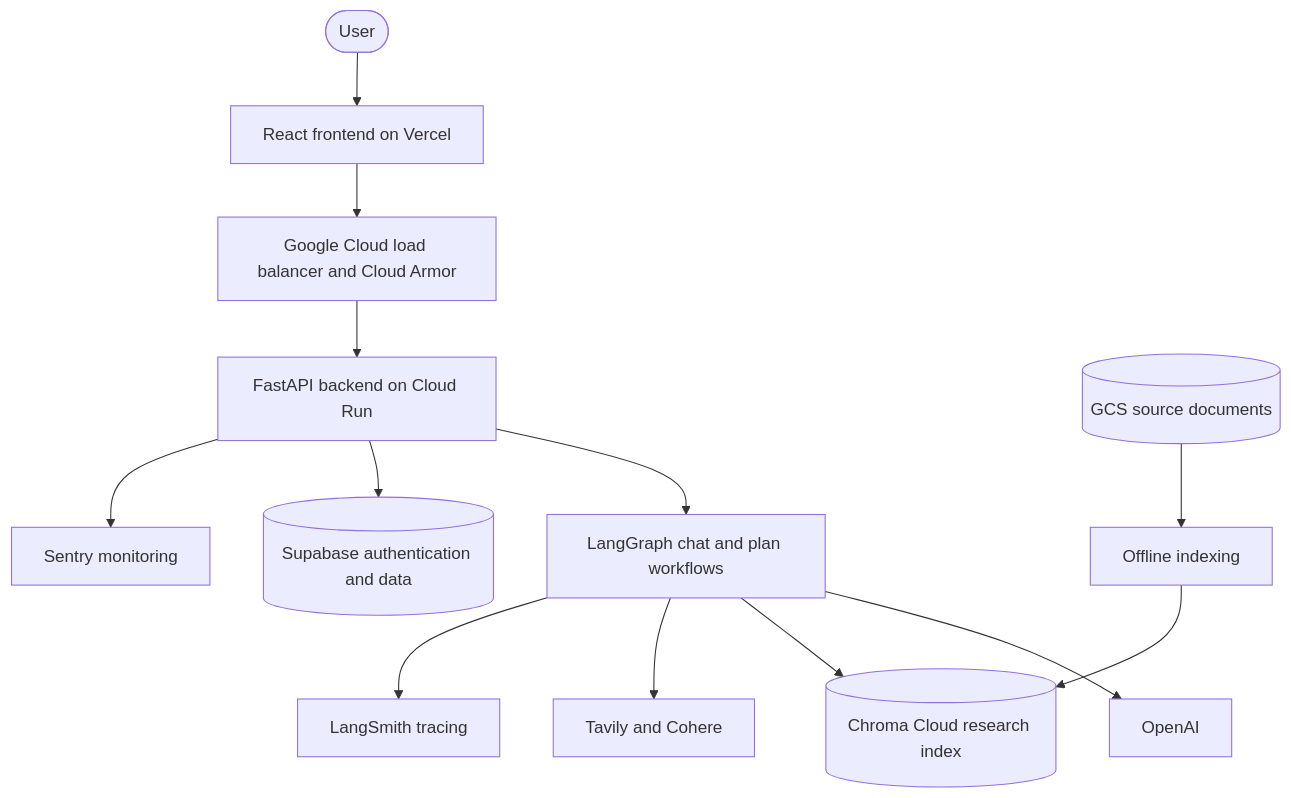
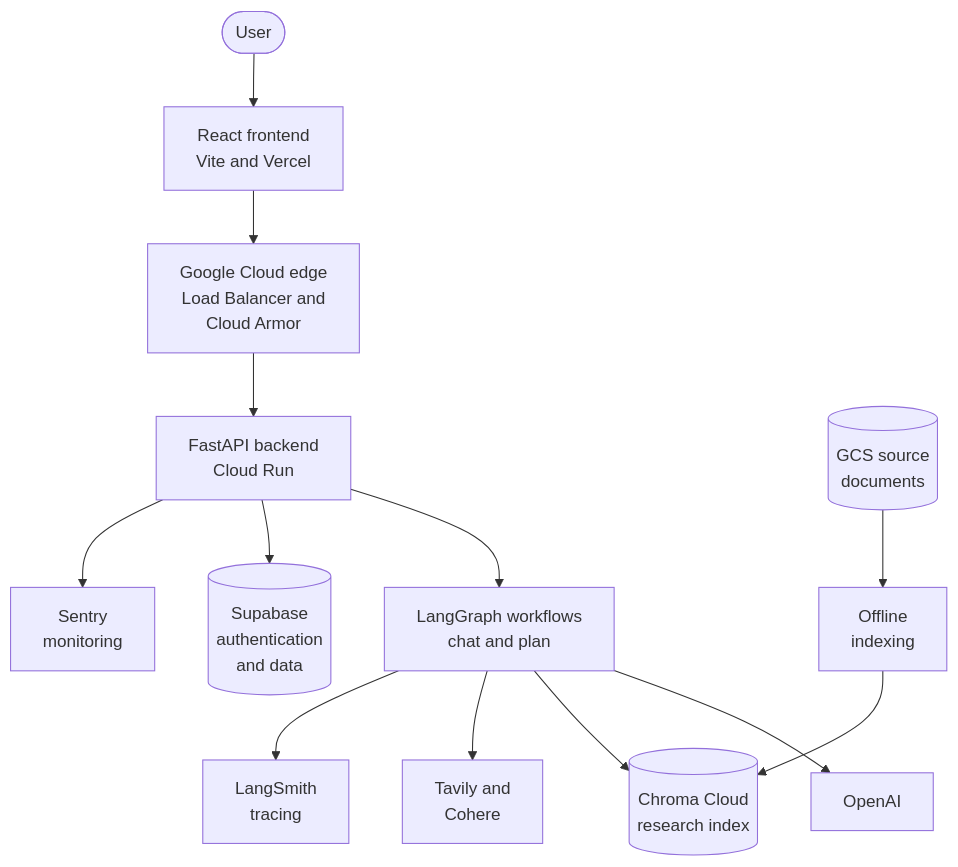
The first of 3 diagrams in README.md (xurichard19/strength-and-conditioning-rag), drawn with Mermaid before and after one commit. The commit also changed other lines of this file, not shown here.

First line of the commit message:
Refactor flowchart descriptions in README

````diff
--- a/README.md
+++ b/README.md
@@ -9,15 +9,15 @@
 ```mermaid
 flowchart TB
-    User(["User"]) --> FE["React frontend on Vercel"]
-    FE --> Edge["Google Cloud load balancer and Cloud Armor"]
-    Edge --> API["FastAPI backend on Cloud Run"]
-    API --> Workflows["LangGraph chat and plan workflows"]
-    API --> Supabase[("Supabase authentication and data")]
-    API --> Sentry["Sentry monitoring"]
+    User(["User"]) --> FE["React frontend<br/>Vite and Vercel"]
+    FE --> Edge["Google Cloud edge<br/>Load Balancer and<br/>Cloud Armor"]
+    Edge --> API["FastAPI backend<br/>Cloud Run"]
+    API --> Workflows["LangGraph workflows<br/>chat and plan"]
+    API --> Supabase[("Supabase<br/>authentication<br/>and data")]
+    API --> Sentry["Sentry<br/>monitoring"]
     Workflows --> OpenAI["OpenAI"]
-    Workflows --> Chroma[("Chroma Cloud research index")]
-    Workflows --> SearchServices["Tavily and Cohere"]
-    Workflows --> LangSmith["LangSmith tracing"]
-    Docs[("GCS source documents")] --> Index["Offline indexing"]
+    Workflows --> Chroma[("Chroma Cloud<br/>research index")]
+    Workflows --> SearchServices["Tavily and<br/>Cohere"]
+    Workflows --> LangSmith["LangSmith<br/>tracing"]
+    Docs[("GCS source<br/>documents")] --> Index["Offline<br/>indexing"]
     Index --> Chroma
 ```
````
